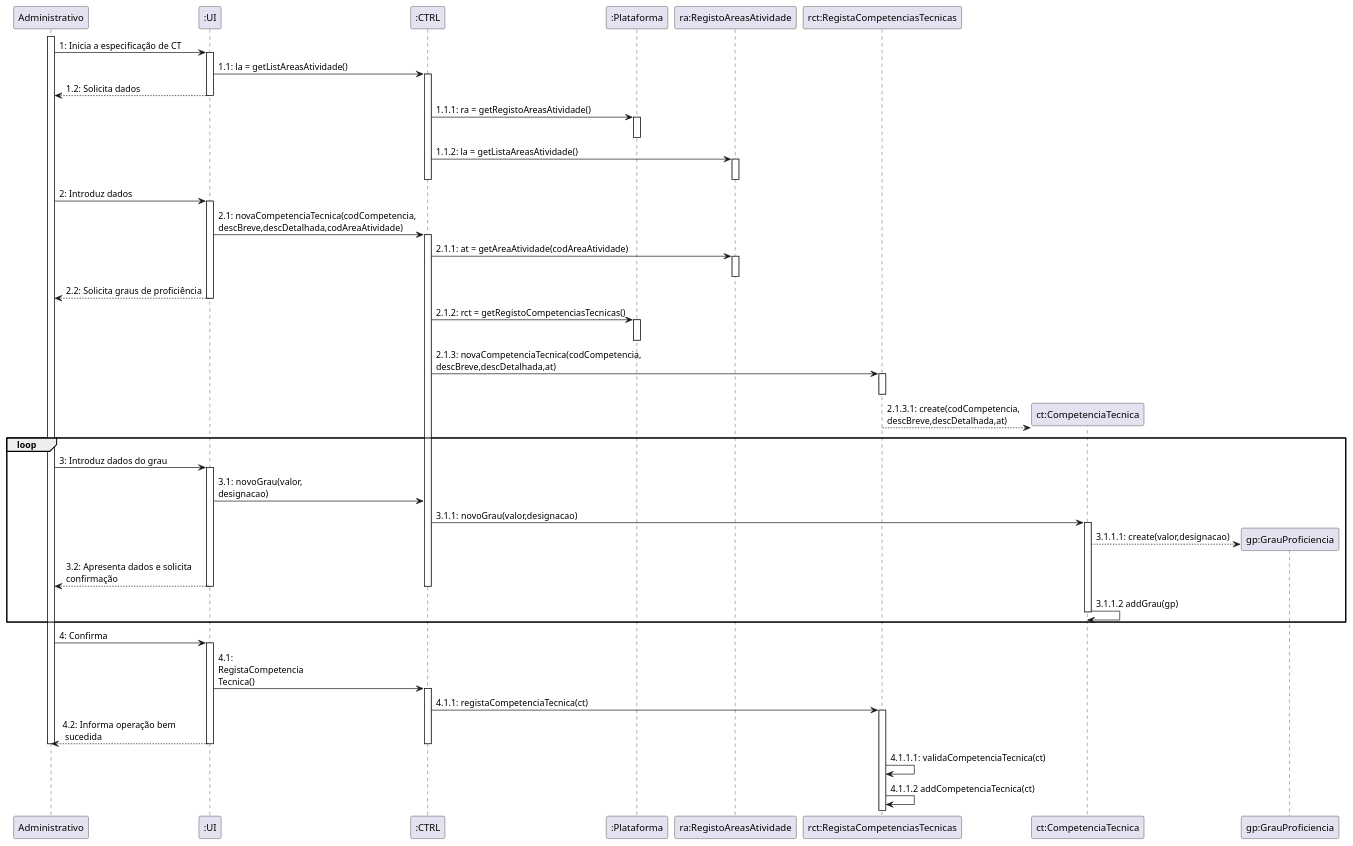
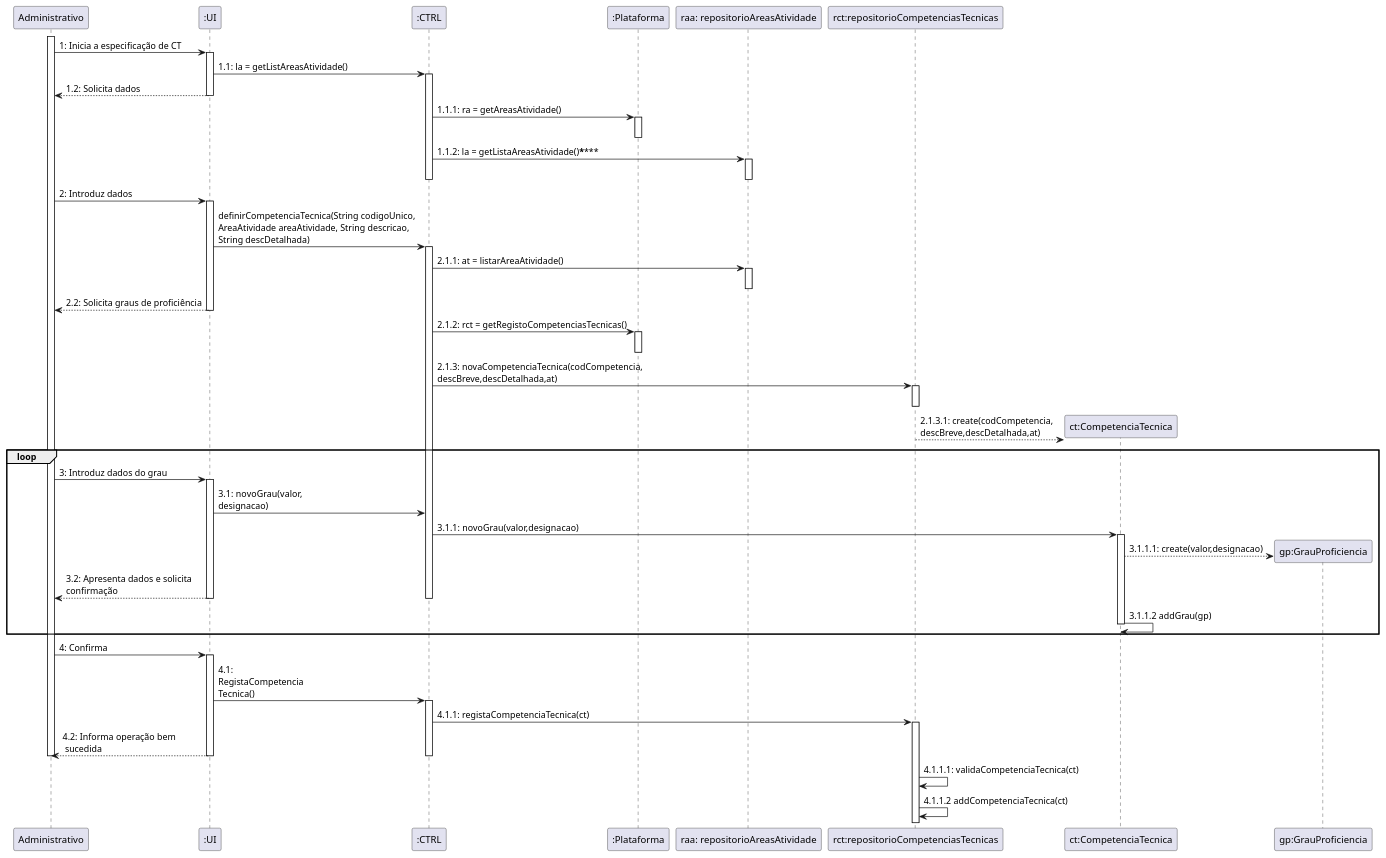
The diagram in Sprint 2/UC4_Definir_Competência_Técnica/UC4_SequenceDiagram.plantuml (pedro-miguez/upskill_java1_labprg_grupo3), drawn with PlantUML before and after one commit. The commit also changed 1 other file, not shown here.

```diff
--- a/Sprint 2/UC4_Definir_Competência_Técnica/UC4_SequenceDiagram.plantuml
+++ b/Sprint 2/UC4_Definir_Competência_Técnica/UC4_SequenceDiagram.plantuml
@@ -1,58 +1,58 @@
 @startuml
 participant Administrativo
 activate Administrativo
 Administrativo -> ":UI": 1: Inicia a especificação de CT 
 activate ":UI"
 ":UI" -> ":CTRL" : 1.1: la = getListAreasAtividade()
 activate ":CTRL"
 ":UI" --> Administrativo : 1.2: Solicita dados
 deactivate ":UI"
-":CTRL" -> ":Plataforma" : 1.1.1: ra = getRegistoAreasAtividade()
+":CTRL" -> ":Plataforma" : 1.1.1: ra = getAreasAtividade()
 activate ":Plataforma"
 deactivate ":Plataforma"
-":CTRL" -> "ra:RegistoAreasAtividade" : 1.1.2: la = getListaAreasAtividade()
-activate "ra:RegistoAreasAtividade"
-deactivate "ra:RegistoAreasAtividade"
+":CTRL" -> "raa: repositorioAreasAtividade" : 1.1.2: la = getListaAreasAtividade()********
+activate "raa: repositorioAreasAtividade"
+deactivate "raa: repositorioAreasAtividade"
 deactivate ":CTRL"
 Administrativo -> ":UI": 2: Introduz dados
 activate ":UI"
-":UI" -> ":CTRL" : 2.1: novaCompetenciaTecnica(codCompetencia,\ndescBreve,descDetalhada,codAreaAtividade)
+":UI" -> ":CTRL" : definirCompetenciaTecnica(String codigoUnico, \nAreaAtividade areaAtividade, String descricao, \nString descDetalhada)
 activate ":CTRL"
-":CTRL" -> "ra:RegistoAreasAtividade" : 2.1.1: at = getAreaAtividade(codAreaAtividade)
-activate "ra:RegistoAreasAtividade"
-deactivate "ra:RegistoAreasAtividade"
+":CTRL" -> "raa: repositorioAreasAtividade" : 2.1.1: at = listarAreaAtividade()
+activate "raa: repositorioAreasAtividade"
+deactivate "raa: repositorioAreasAtividade"
 ":UI" --> Administrativo : 2.2: Solicita graus de proficiência
 deactivate ":UI"
 ":CTRL" -> ":Plataforma" : 2.1.2: rct = getRegistoCompetenciasTecnicas()
 activate ":Plataforma"
 deactivate ":Plataforma"
-":CTRL" -> "rct:RegistaCompetenciasTecnicas" : 2.1.3: novaCompetenciaTecnica(codCompetencia,\ndescBreve,descDetalhada,at)
-activate "rct:RegistaCompetenciasTecnicas"
-deactivate "rct:RegistaCompetenciasTecnicas"
-"rct:RegistaCompetenciasTecnicas" --> "ct:CompetenciaTecnica" ** : 2.1.3.1: create(codCompetencia,\ndescBreve,descDetalhada,at)
+":CTRL" -> "rct:repositorioCompetenciasTecnicas" : 2.1.3: novaCompetenciaTecnica(codCompetencia,\ndescBreve,descDetalhada,at)
+activate "rct:repositorioCompetenciasTecnicas"
+deactivate "rct:repositorioCompetenciasTecnicas"
+"rct:repositorioCompetenciasTecnicas" --> "ct:CompetenciaTecnica" ** : 2.1.3.1: create(codCompetencia,\ndescBreve,descDetalhada,at)
 loop
 Administrativo -> ":UI": 3: Introduz dados do grau
 activate ":UI"
 ":UI" -> ":CTRL" : 3.1: novoGrau(valor,\ndesignacao)
 ":CTRL" -> "ct:CompetenciaTecnica" : 3.1.1: novoGrau(valor,designacao)
 activate "ct:CompetenciaTecnica"
 "ct:CompetenciaTecnica" --> "gp:GrauProficiencia" ** : 3.1.1.1: create(valor,designacao)
 ":UI" --> Administrativo : 3.2: Apresenta dados e solicita\nconfirmação
 deactivate ":UI"
 deactivate ":CTRL"
 "ct:CompetenciaTecnica" -> "ct:CompetenciaTecnica" : 3.1.1.2 addGrau(gp)
 deactivate "ct:CompetenciaTecnica"
 end
 Administrativo -> ":UI": 4: Confirma
 activate ":UI"
 ":UI" -> ":CTRL" : 4.1: \nRegistaCompetencia\nTecnica()
 activate ":CTRL"
-":CTRL" -> "rct:RegistaCompetenciasTecnicas" : 4.1.1: registaCompetenciaTecnica(ct)
-activate "rct:RegistaCompetenciasTecnicas"
+":CTRL" -> "rct:repositorioCompetenciasTecnicas" : 4.1.1: registaCompetenciaTecnica(ct)
+activate "rct:repositorioCompetenciasTecnicas"
 ":UI" --> Administrativo : 4.2: Informa operação bem\n sucedida
 deactivate ":UI"
 deactivate ":CTRL"
 deactivate Administrativo
-"rct:RegistaCompetenciasTecnicas" -> "rct:RegistaCompetenciasTecnicas" : 4.1.1.1: validaCompetenciaTecnica(ct)
-"rct:RegistaCompetenciasTecnicas" -> "rct:RegistaCompetenciasTecnicas" : 4.1.1.2 addCompetenciaTecnica(ct)
+"rct:repositorioCompetenciasTecnicas" -> "rct:repositorioCompetenciasTecnicas" : 4.1.1.1: validaCompetenciaTecnica(ct)
+"rct:repositorioCompetenciasTecnicas" -> "rct:repositorioCompetenciasTecnicas" : 4.1.1.2 addCompetenciaTecnica(ct)
 @enduml
```
